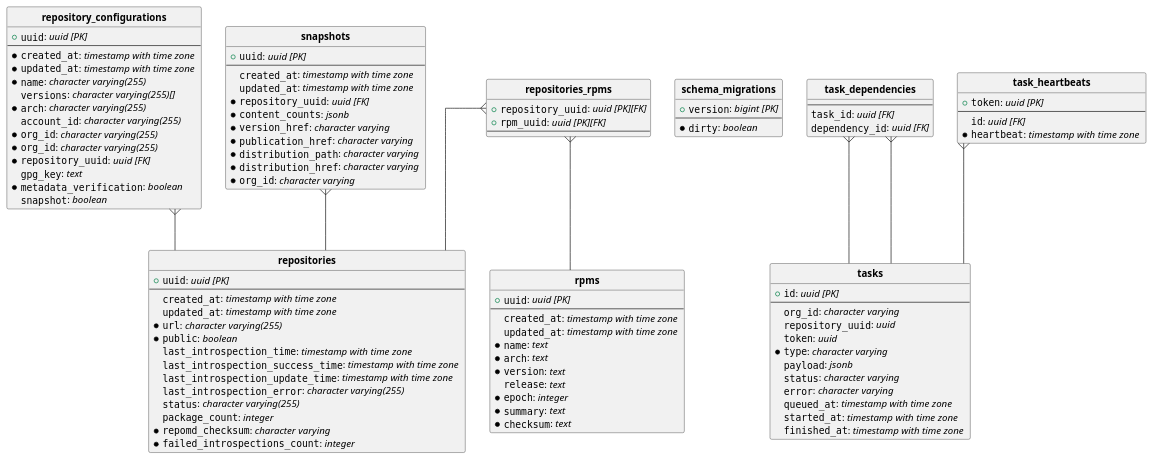
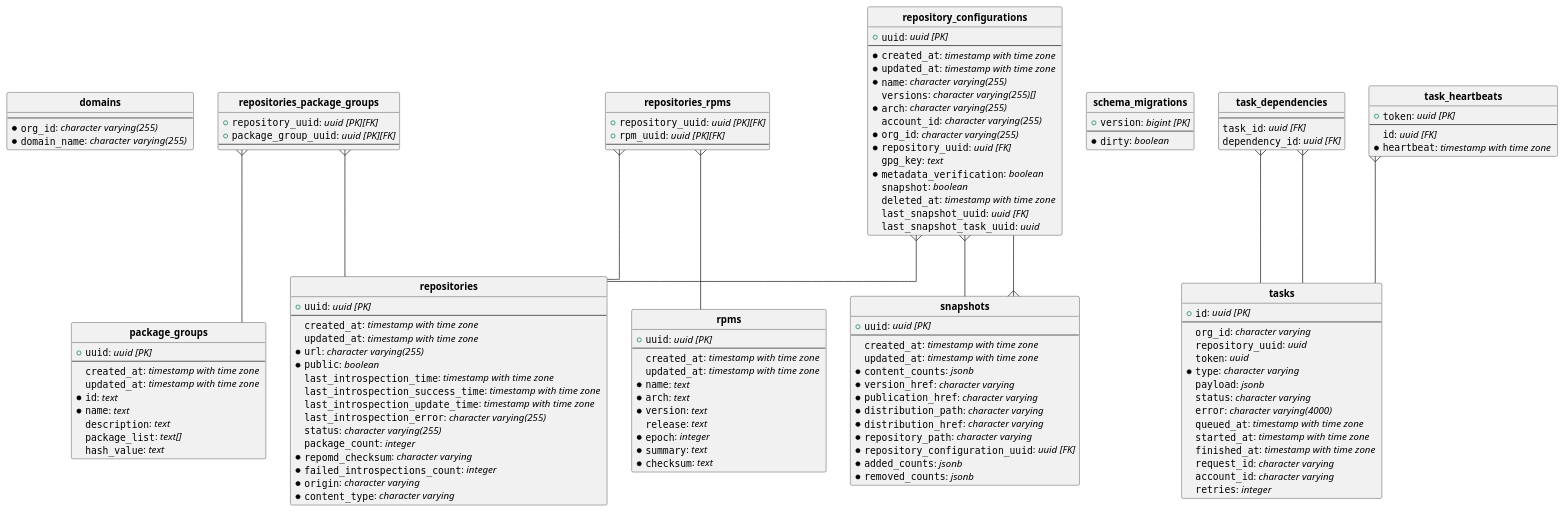
Before and after one commit to content-services/content-sources-backend: the diagram in docs/db-model.puml, drawn with PlantUML.

Commit message:
updated uml

```diff
--- a/docs/db-model.puml
+++ b/docs/db-model.puml
@@ -1,120 +1,159 @@
 @startuml
 hide circle
 skinparam linetype ortho
+
+entity "**domains**" {
+  --
+  *""org_id"": //character varying(255) //
+  *""domain_name"": //character varying(255) //
+}
+
+entity "**package_groups**" {
+  + ""uuid"": //uuid [PK]//
+  --
+  ""created_at"": //timestamp with time zone //
+  ""updated_at"": //timestamp with time zone //
+  *""id"": //text //
+  *""name"": //text //
+  ""description"": //text //
+  ""package_list"": //text[] //
+  ""hash_value"": //text //
+}
 
 entity "**repositories**" {
   + ""uuid"": //uuid [PK]//
   --
   ""created_at"": //timestamp with time zone //
   ""updated_at"": //timestamp with time zone //
   *""url"": //character varying(255) //
   *""public"": //boolean //
   ""last_introspection_time"": //timestamp with time zone //
   ""last_introspection_success_time"": //timestamp with time zone //
   ""last_introspection_update_time"": //timestamp with time zone //
   ""last_introspection_error"": //character varying(255) //
   ""status"": //character varying(255) //
   ""package_count"": //integer //
   *""repomd_checksum"": //character varying //
   *""failed_introspections_count"": //integer //
+  *""origin"": //character varying //
+  *""content_type"": //character varying //
+}
+
+entity "**repositories_package_groups**" {
+  + ""repository_uuid"": //uuid [PK][FK]//
+  + ""package_group_uuid"": //uuid [PK][FK]//
+  --
 }
 
 entity "**repositories_rpms**" {
   + ""repository_uuid"": //uuid [PK][FK]//
   + ""rpm_uuid"": //uuid [PK][FK]//
   --
 }
 
 entity "**repository_configurations**" {
   + ""uuid"": //uuid [PK]//
   --
   *""created_at"": //timestamp with time zone //
   *""updated_at"": //timestamp with time zone //
   *""name"": //character varying(255) //
   ""versions"": //character varying(255)[] //
   *""arch"": //character varying(255) //
   ""account_id"": //character varying(255) //
   *""org_id"": //character varying(255) //
-  *""org_id"": //character varying(255) //
   *""repository_uuid"": //uuid [FK]//
   ""gpg_key"": //text //
   *""metadata_verification"": //boolean //
   ""snapshot"": //boolean //
+  ""deleted_at"": //timestamp with time zone //
+  ""last_snapshot_uuid"": //uuid [FK]//
+  ""last_snapshot_task_uuid"": //uuid //
 }
 
 entity "**rpms**" {
   + ""uuid"": //uuid [PK]//
   --
   ""created_at"": //timestamp with time zone //
   ""updated_at"": //timestamp with time zone //
   *""name"": //text //
   *""arch"": //text //
   *""version"": //text //
   ""release"": //text //
   *""epoch"": //integer //
   *""summary"": //text //
   *""checksum"": //text //
 }
 
 entity "**schema_migrations**" {
   + ""version"": //bigint [PK]//
   --
   *""dirty"": //boolean //
 }
 
 entity "**snapshots**" {
   + ""uuid"": //uuid [PK]//
   --
   ""created_at"": //timestamp with time zone //
   ""updated_at"": //timestamp with time zone //
-  *""repository_uuid"": //uuid [FK]//
   *""content_counts"": //jsonb //
   *""version_href"": //character varying //
   *""publication_href"": //character varying //
   *""distribution_path"": //character varying //
   *""distribution_href"": //character varying //
-  *""org_id"": //character varying //
+  *""repository_path"": //character varying //
+  *""repository_configuration_uuid"": //uuid [FK]//
+  *""added_counts"": //jsonb //
+  *""removed_counts"": //jsonb //
 }
 
 entity "**task_dependencies**" {
   --
   ""task_id"": //uuid [FK]//
   ""dependency_id"": //uuid [FK]//
 }
 
 entity "**task_heartbeats**" {
   + ""token"": //uuid [PK]//
   --
   ""id"": //uuid [FK]//
   *""heartbeat"": //timestamp with time zone //
 }
 
 entity "**tasks**" {
   + ""id"": //uuid [PK]//
   --
   ""org_id"": //character varying //
   ""repository_uuid"": //uuid //
   ""token"": //uuid //
   *""type"": //character varying //
   ""payload"": //jsonb //
   ""status"": //character varying //
-  ""error"": //character varying //
+  ""error"": //character varying(4000) //
   ""queued_at"": //timestamp with time zone //
   ""started_at"": //timestamp with time zone //
   ""finished_at"": //timestamp with time zone //
+  ""request_id"": //character varying //
+  ""account_id"": //character varying //
+  ""retries"": //integer //
 }
+
+"**repositories_package_groups**"   }--  "**package_groups**"
+
+"**repositories_package_groups**"   }--  "**repositories**"
 
 "**repositories_rpms**"   }--  "**repositories**"
 
 "**repositories_rpms**"   }--  "**rpms**"
 
+"**repository_configurations**"   }--  "**snapshots**"
+
 "**repository_configurations**"   }--  "**repositories**"
 
-"**snapshots**"   }--  "**repositories**"
+"**snapshots**"   }--  "**repository_configurations**"
 
 "**task_dependencies**"   }--  "**tasks**"
 
 "**task_dependencies**"   }--  "**tasks**"
 
 "**task_heartbeats**"   }--  "**tasks**"
 @enduml
```
